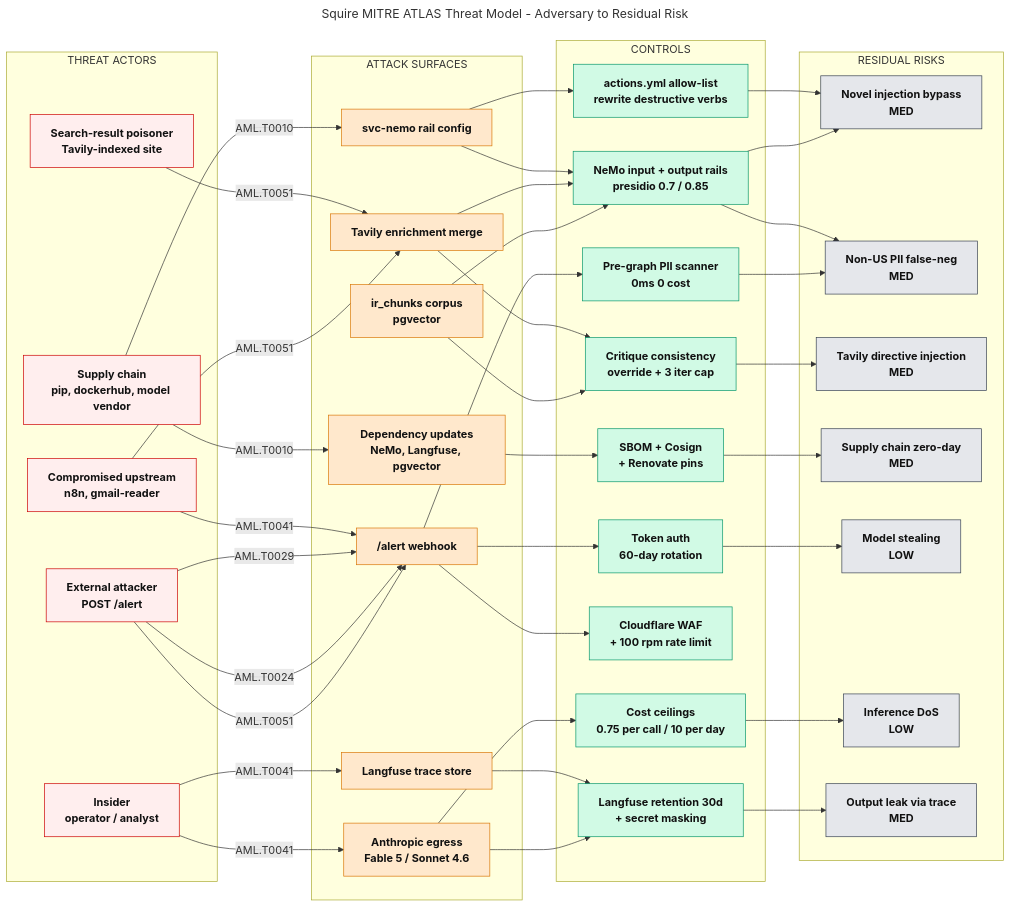
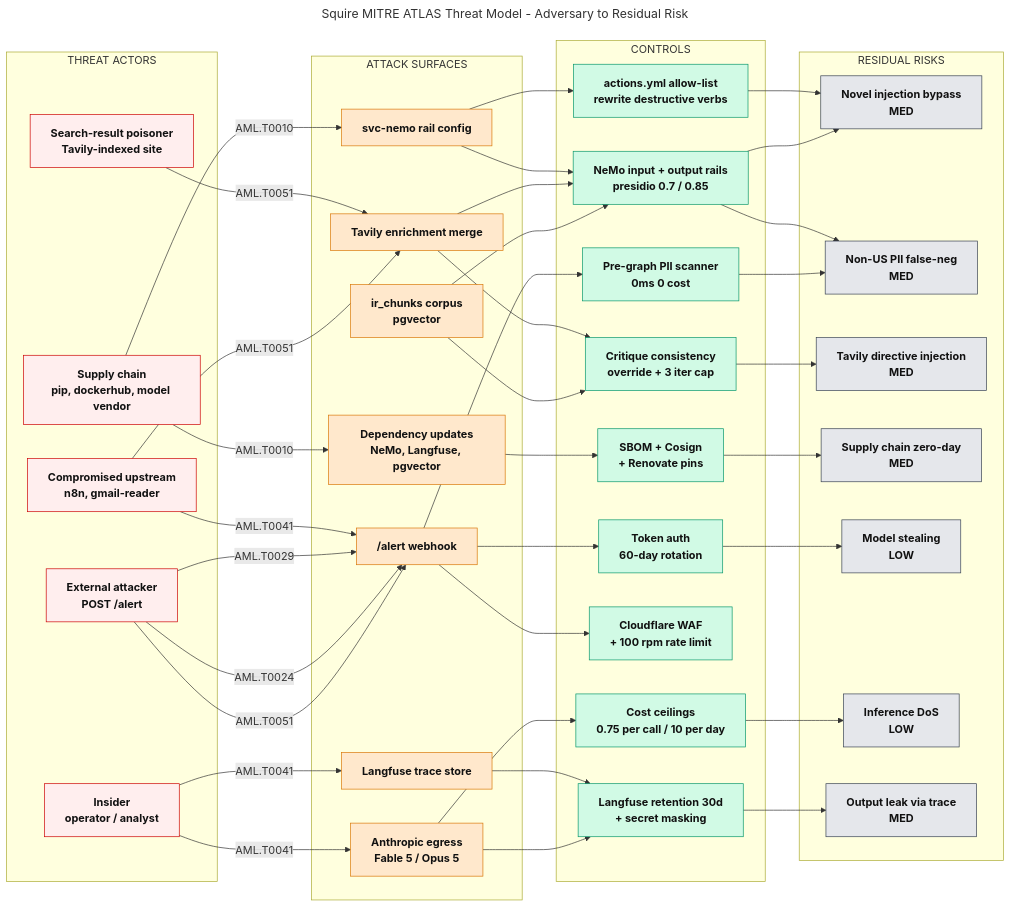
Before and after one commit to ET-sec/cyber-squire1: the diagram in docs/grc/diagrams/squire-atlas-threat-model.mmd, drawn with Mermaid. The commit also changed 49 other files, not shown here.

First line of the commit message:
feat: multi-cloud positioning + Opus 5 / Fable 5 model standard (#33)

```diff
--- a/docs/grc/diagrams/squire-atlas-threat-model.mmd
+++ b/docs/grc/diagrams/squire-atlas-threat-model.mmd
@@ -1,96 +1,96 @@
 ---
 title: Squire MITRE ATLAS Threat Model - Adversary to Residual Risk
 ---
 flowchart LR
     %% Column 1: Threat Actors
     subgraph ACTORS["THREAT ACTORS"]
         A1["External attacker<br/>POST /alert"]
         A2["Compromised upstream<br/>n8n, gmail-reader"]
         A3["Insider<br/>operator / analyst"]
         A4["Supply chain<br/>pip, dockerhub, model vendor"]
         A5["Search-result poisoner<br/>Tavily-indexed site"]
     end
 
     %% Column 2: Attack Surfaces
     subgraph SURFACE["ATTACK SURFACES"]
         S1["/alert webhook"]
         S2["ir_chunks corpus<br/>pgvector"]
         S3["Tavily enrichment merge"]
         S4["svc-nemo rail config"]
-        S5["Anthropic egress<br/>Fable 5 / Sonnet 4.6"]
+        S5["Anthropic egress<br/>Fable 5 / Opus 5"]
         S6["Dependency updates<br/>NeMo, Langfuse, pgvector"]
         S7["Langfuse trace store"]
     end
 
     %% Column 3: Controls
     subgraph CONTROLS["CONTROLS"]
         C1["Token auth<br/>60-day rotation"]
         C2["Pre-graph PII scanner<br/>0ms 0 cost"]
         C3["NeMo input + output rails<br/>presidio 0.7 / 0.85"]
         C4["actions.yml allow-list<br/>rewrite destructive verbs"]
         C5["Critique consistency<br/>override + 3 iter cap"]
         C6["Cost ceilings<br/>0.75 per call / 10 per day"]
         C7["Cloudflare WAF<br/>+ 100 rpm rate limit"]
         C8["SBOM + Cosign<br/>+ Renovate pins"]
         C9["Langfuse retention 30d<br/>+ secret masking"]
     end
 
     %% Column 4: Residual Risks
     subgraph RESIDUAL["RESIDUAL RISKS"]
         R1["Novel injection bypass<br/>MED"]
         R2["Non-US PII false-neg<br/>MED"]
         R3["Tavily directive injection<br/>MED"]
         R4["Supply chain zero-day<br/>MED"]
         R5["Model stealing<br/>LOW"]
         R6["Inference DoS<br/>LOW"]
         R7["Output leak via trace<br/>MED"]
     end
 
     %% Edges: actors to surfaces with ATLAS IDs
     A1 -- "AML.T0051" --> S1
     A1 -- "AML.T0024" --> S1
     A1 -- "AML.T0029" --> S1
     A2 -- "AML.T0041" --> S1
     A2 -- "AML.T0051" --> S3
     A3 -- "AML.T0041" --> S5
     A3 -- "AML.T0041" --> S7
     A4 -- "AML.T0010" --> S6
     A4 -- "AML.T0010" --> S4
     A5 -- "AML.T0051" --> S3
 
     %% Edges: surfaces to controls
     S1 --> C1
     S1 --> C2
     S1 --> C7
     S2 --> C3
     S2 --> C5
     S3 --> C3
     S3 --> C5
     S4 --> C3
     S4 --> C4
     S5 --> C6
     S5 --> C9
     S6 --> C8
     S7 --> C9
 
     %% Edges: controls to residuals
     C1 --> R5
     C2 --> R2
     C3 --> R1
     C3 --> R2
     C4 --> R1
     C5 --> R3
     C6 --> R6
     C8 --> R4
     C9 --> R7
 
     %% Styling
     classDef threat fill:#fee,stroke:#c00,color:#111,font-weight:bold
     classDef att fill:#ffe8cc,stroke:#d97706,color:#111,font-weight:bold
     classDef ctrl fill:#d1fae5,stroke:#059669,color:#111,font-weight:bold
     classDef res fill:#e5e7eb,stroke:#374151,color:#111,font-weight:bold
 
     class A1,A2,A3,A4,A5 threat
     class S1,S2,S3,S4,S5,S6,S7 att
     class C1,C2,C3,C4,C5,C6,C7,C8,C9 ctrl
     class R1,R2,R3,R4,R5,R6,R7 res
```
